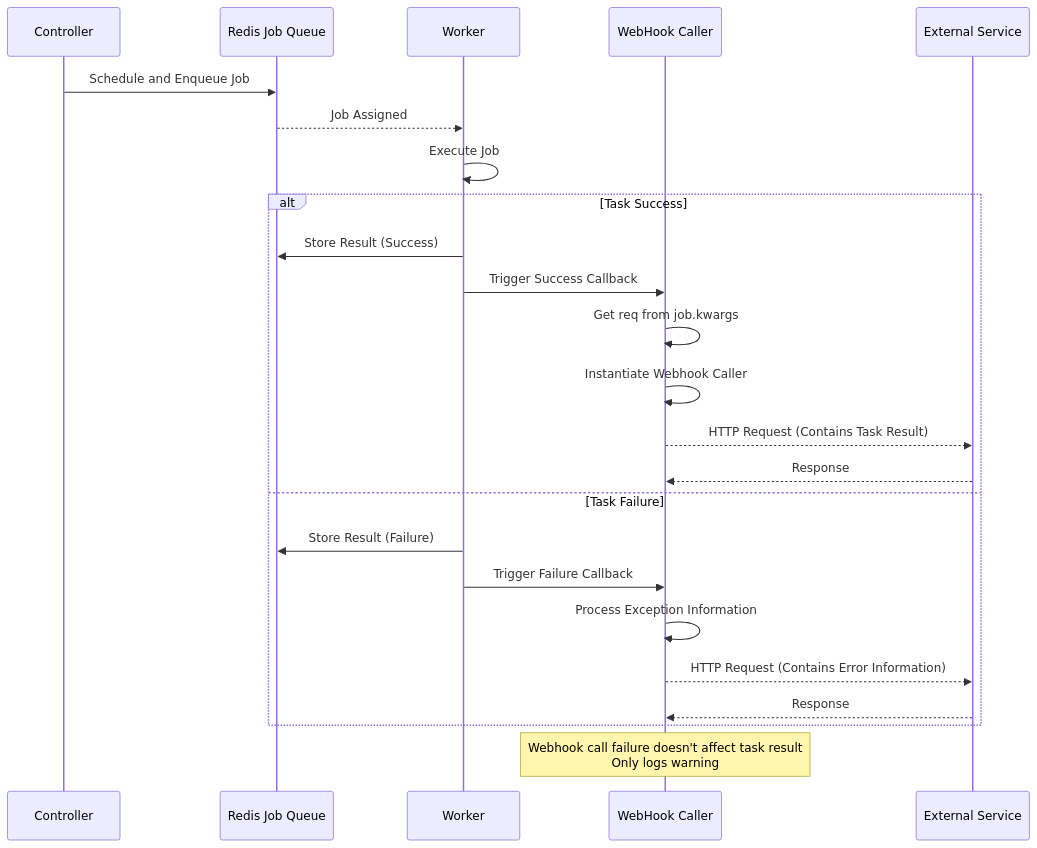
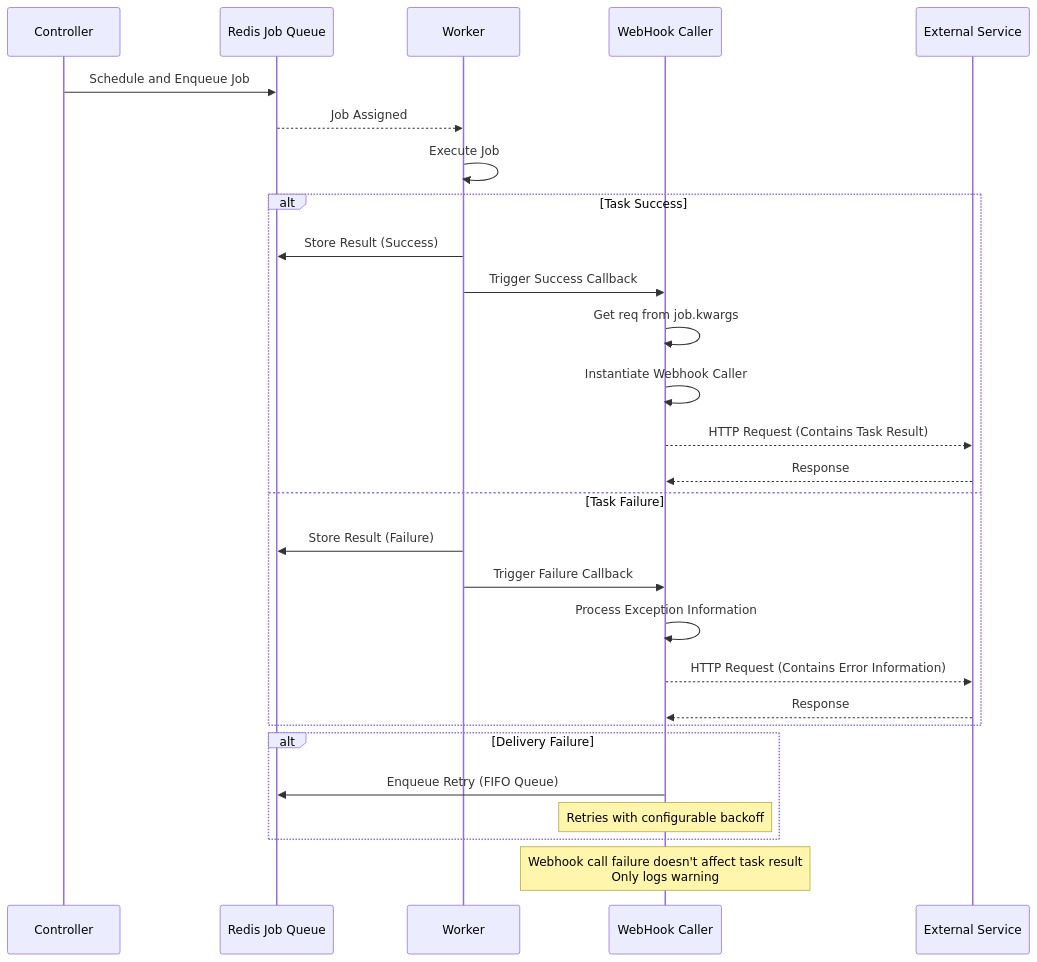
The diagram in docs/en/architecture/webhook-system.md (scitix/netpulse), drawn with Mermaid before and after one commit. The commit also changed other lines of this file and 15 other files, not shown here.

````diff
--- a/docs/en/architecture/webhook-system.md
+++ b/docs/en/architecture/webhook-system.md
@@ -9,29 +9,34 @@
 ```mermaid
 sequenceDiagram
     participant Controller as Controller
     participant Redis as Redis Job Queue
     participant Worker as Worker
     participant Hook as WebHook Caller
     participant External as External Service
 
     Controller->>Redis: Schedule and Enqueue Job
     Redis-->>Worker: Job Assigned
     Worker->>Worker: Execute Job
-    
+
     alt Task Success
         Worker->>Redis: Store Result (Success)
         Worker->>Hook: Trigger Success Callback
         Hook->>Hook: Get req from job.kwargs
         Hook->>Hook: Instantiate Webhook Caller
         Hook-->>External: HTTP Request (Contains Task Result)
         External-->>Hook: Response
     else Task Failure
         Worker->>Redis: Store Result (Failure)
         Worker->>Hook: Trigger Failure Callback
         Hook->>Hook: Process Exception Information
         Hook-->>External: HTTP Request (Contains Error Information)
         External-->>Hook: Response
     end
-    
+
+    alt Delivery Failure
+        Hook->>Redis: Enqueue Retry (FIFO Queue)
+        Note over Hook: Retries with configurable backoff
+    end
+
     Note over Hook: Webhook call failure doesn't affect task result<br/>Only logs warning
 ```
````
